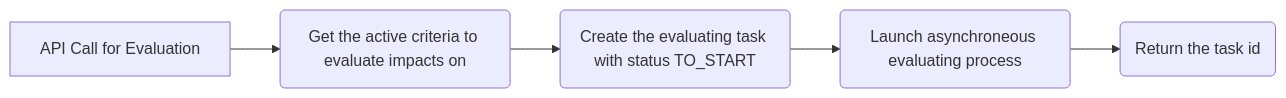
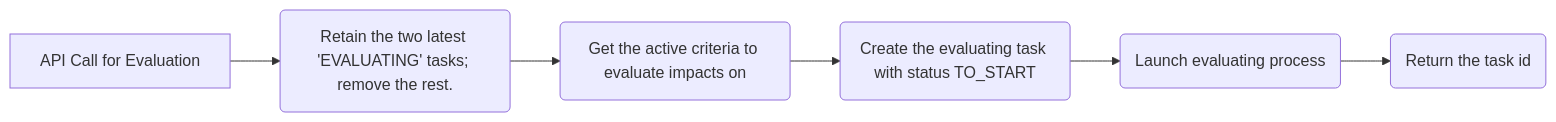
One commit to teamg4it/g4it changed the first of 3 diagrams in services/documentation/content/3-technical-documentation/4-backend_documentation/2-api_documentation/2-evaluation/api_evaluating_digital_service.md. Above: the diagram before and after it, drawn with Mermaid. The commit also changed other lines of this file and 9 other files, not shown here.

Commit message:
fix(1287): create new task for each digital service evaluation

```diff
--- a/services/documentation/content/3-technical-documentation/4-backend_documentation/2-api_documentation/2-evaluation/api_evaluating_digital_service.md
+++ b/services/documentation/content/3-technical-documentation/4-backend_documentation/2-api_documentation/2-evaluation/api_evaluating_digital_service.md
@@ -23,8 +23,9 @@
 {{< mermaid align="center">}}
 
 flowchart LR
-A[API Call for Evaluation] --> B(Get the active criteria to evaluate impacts on)
-B --> C(Create the evaluating task with status TO_START)
-C --> D(Launch asynchroneous evaluating process)
-D --> E(Return the task id)
+A[API Call for Evaluation] --> B(Retain the two latest 'EVALUATING' tasks; remove the rest.)
+B --> C(Get the active criteria to evaluate impacts on)
+C --> D(Create the evaluating task with status TO_START)
+D --> E(Launch evaluating process)
+E --> F(Return the task id)
 {{</ mermaid >}}
```
